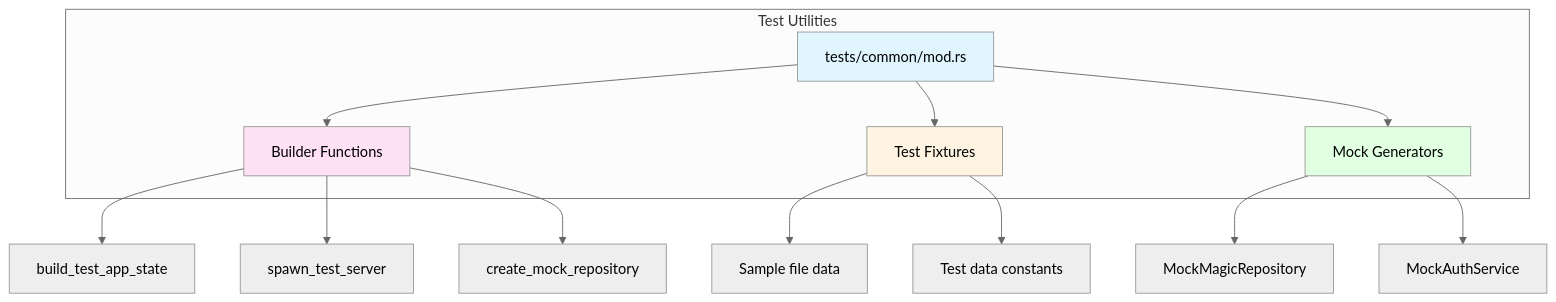
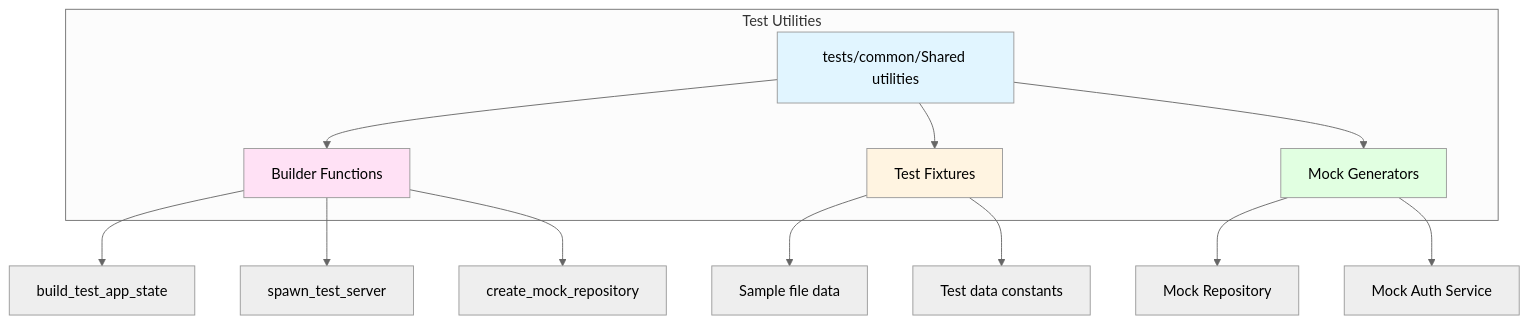
Diagram 15 of 16 in docs/reference/TESTING_STRATEGY.md (photom/magicer), drawn with Mermaid (neutral theme) before and after one commit. The commit also changed other lines of this file and 4 other files, not shown here.

````diff
--- a/docs/reference/TESTING_STRATEGY.md
+++ b/docs/reference/TESTING_STRATEGY.md
@@ -868,28 +867,28 @@
 ```mermaid
 graph TB
     subgraph Test Utilities
-        Common[tests/common/mod.rs]
+        Common[tests/common/Shared utilities]
         Fixtures[Test Fixtures]
         Builders[Builder Functions]
         Mocks[Mock Generators]
     end
     
     Common --> Builders
     Common --> Fixtures
     Common --> Mocks
     
     Builders --> TestState[build_test_app_state]
     Builders --> TestServer[spawn_test_server]
     Builders --> TestRepo[create_mock_repository]
     
     Fixtures --> SampleFiles[Sample file data]
     Fixtures --> TestData[Test data constants]
     
-    Mocks --> MockRepo[MockMagicRepository]
-    Mocks --> MockAuth[MockAuthService]
+    Mocks --> MockRepo[Mock Repository]
+    Mocks --> MockAuth[Mock Auth Service]
     
     style Common fill:#e1f5ff
     style Fixtures fill:#fff4e1
     style Builders fill:#ffe1f5
     style Mocks fill:#e1ffe1
 ```
````
